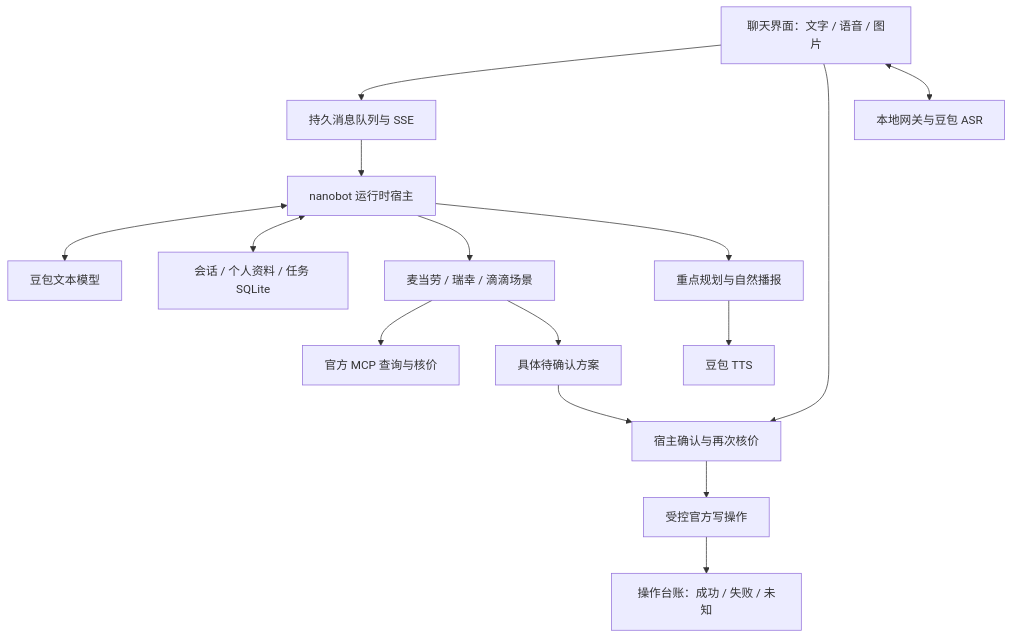
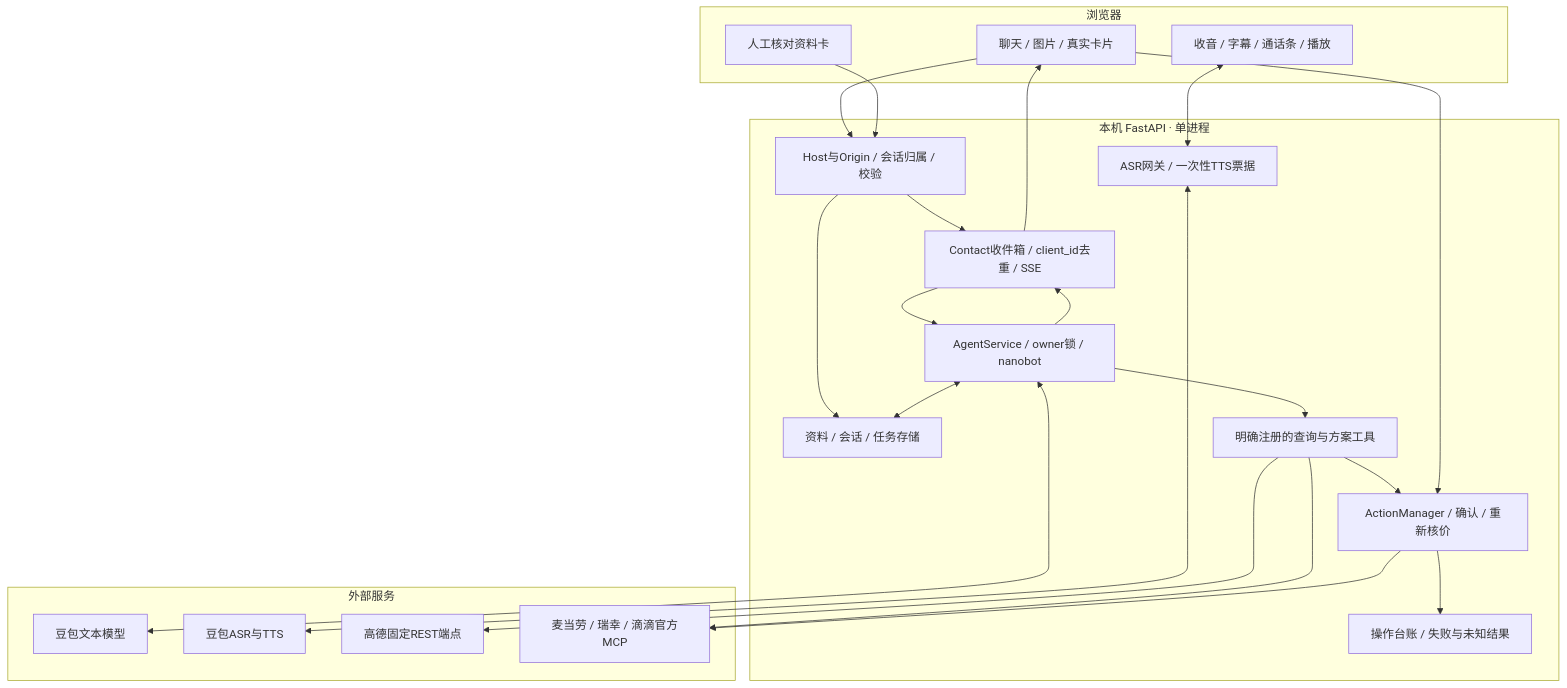
One commit to kevinguo0351/xiaorui changed the first of 3 diagrams in ARCHITECTURE.md. Above: the diagram before and after it, drawn with Mermaid. The commit also changed other lines of this file and 12 other files, not shown here.

Commit message:
docs: refresh project overview architecture memory and changelog

````diff
--- a/ARCHITECTURE.md
+++ b/ARCHITECTURE.md
@@ -5,17 +18,39 @@
 ```mermaid
-flowchart TD
-  UI[聊天界面：文字 / 语音 / 图片] --> Inbox[持久消息队列与 SSE]
-  Inbox --> Host[nanobot 运行时宿主]
-  Host <--> Model[豆包文本模型]
-  Host <--> State[会话 / 个人资料 / 任务 SQLite]
-  Host --> Domains[麦当劳 / 瑞幸 / 滴滴场景]
-  Domains --> Query[官方 MCP 查询与核价]
-  Domains --> Proposal[具体待确认方案]
-  UI --> Confirm[宿主确认与再次核价]
-  Proposal --> Confirm
-  Confirm --> Execute[受控官方写操作]
-  Execute --> Ledger[操作台账：成功 / 失败 / 未知]
-  Host --> Speech[重点规划与自然播报]
-  Speech --> TTS[豆包 TTS]
-  UI <--> ASR[本地网关与豆包 ASR]
+flowchart TB
+    subgraph Browser[浏览器]
+        Chat[聊天 / 图片 / 真实卡片]
+        Voice[收音 / 字幕 / 通话条 / 播放]
+        Profile[人工核对资料卡]
+    end
+    subgraph Local[本机 FastAPI · 单进程]
+        Boundary[Host与Origin / 会话归属 / 校验]
+        Inbox[Contact收件箱 / client_id去重 / SSE]
+        Host[AgentService / owner锁 / nanobot]
+        Memory[资料 / 会话 / 任务存储]
+        Tools[明确注册的查询与方案工具]
+        Gate[ActionManager / 确认 / 重新核价]
+        Ledger[操作台账 / 失败与未知结果]
+        Audio[ASR网关 / 一次性TTS票据]
+    end
+    subgraph Cloud[外部服务]
+        Model[豆包文本模型]
+        Speech[豆包ASR与TTS]
+        Amap[高德固定REST端点]
+        MCP[麦当劳 / 瑞幸 / 滴滴官方MCP]
+    end
+    Chat --> Boundary --> Inbox --> Host
+    Profile --> Boundary
+    Boundary --> Memory
+    Host <--> Memory
+    Host <--> Model
+    Host --> Tools
+    Tools --> Amap
+    Tools --> MCP
+    Tools --> Gate
+    Chat --> Gate
+    Gate --> MCP
+    Gate --> Ledger
+    Voice <--> Audio <--> Speech
+    Host --> Inbox
+    Inbox --> Chat
 ```
````
